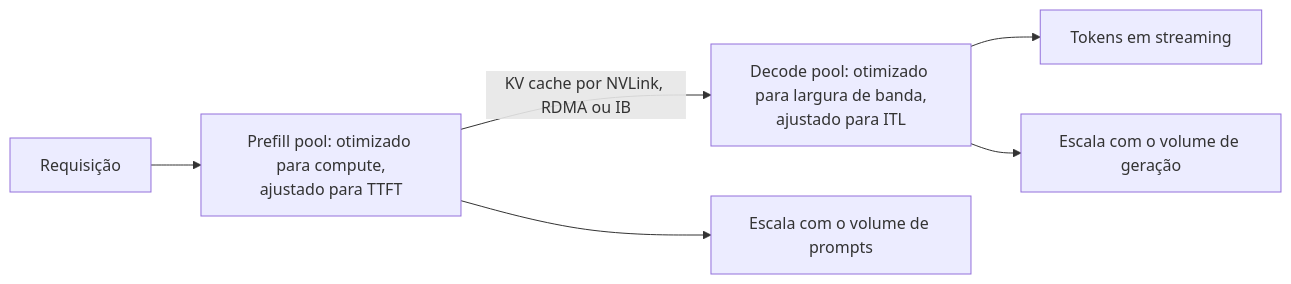
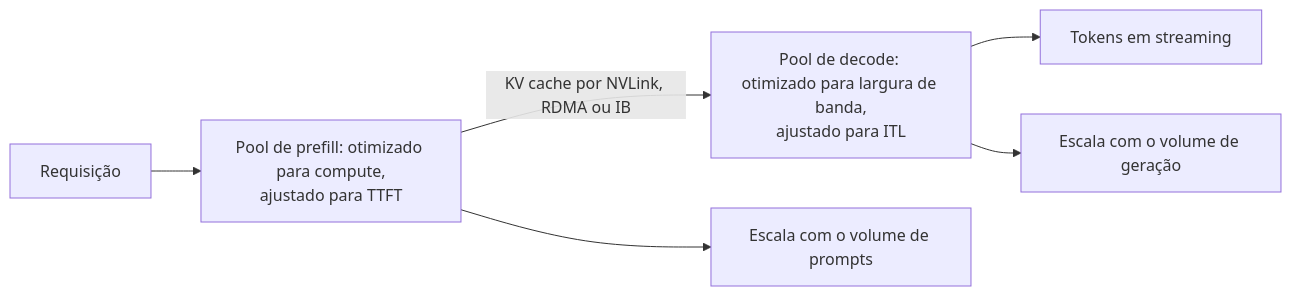
One commit to andrevberaldo/AI-Engineer-Interview-Questions changed diagram 21 of 28 in 08-inference-and-production/questions.pt-BR.md. Above: the diagram before and after it, drawn with Mermaid. The commit also changed other lines of this file and 1 other file, not shown here.

````diff
--- a/08-inference-and-production/questions.pt-BR.md
+++ b/08-inference-and-production/questions.pt-BR.md
@@ -1207,8 +1207,8 @@
 ```mermaid
 flowchart LR
-    R["Requisição"] --> PP["Prefill pool: otimizado para compute,<br/>ajustado para TTFT"]
-    PP -->|"KV cache por NVLink, RDMA ou IB"| DP["Decode pool: otimizado para largura de banda,<br/>ajustado para ITL"]
+    R["Requisição"] --> PP["Pool de prefill: otimizado para compute,<br/>ajustado para TTFT"]
+    PP -->|"KV cache por NVLink, RDMA ou IB"| DP["Pool de decode: otimizado para largura de banda,<br/>ajustado para ITL"]
     DP --> S["Tokens em streaming"]
     PP --> SC["Escala com o volume de prompts"]
     DP --> SD["Escala com o volume de geração"]
 ```
````
